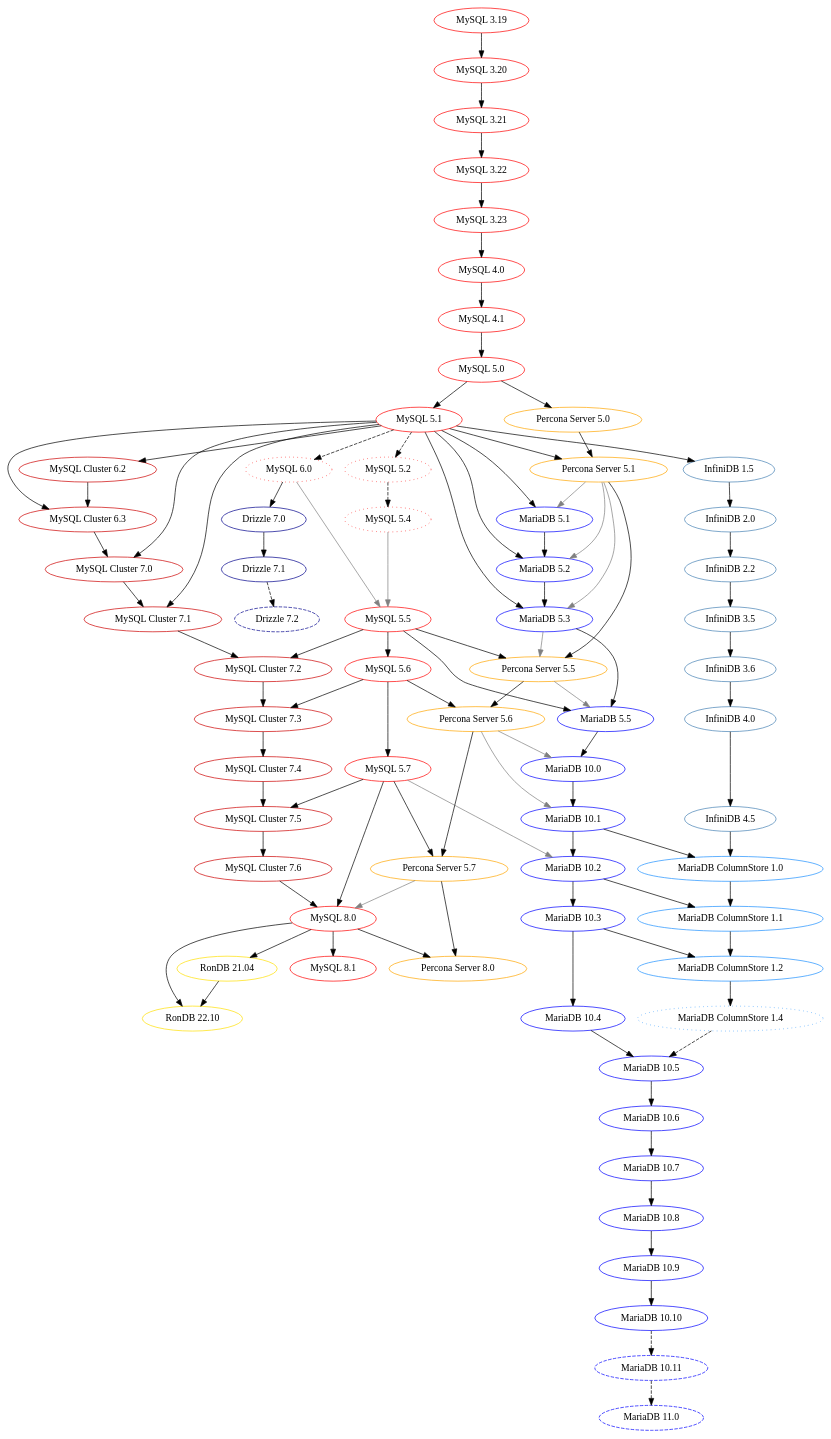
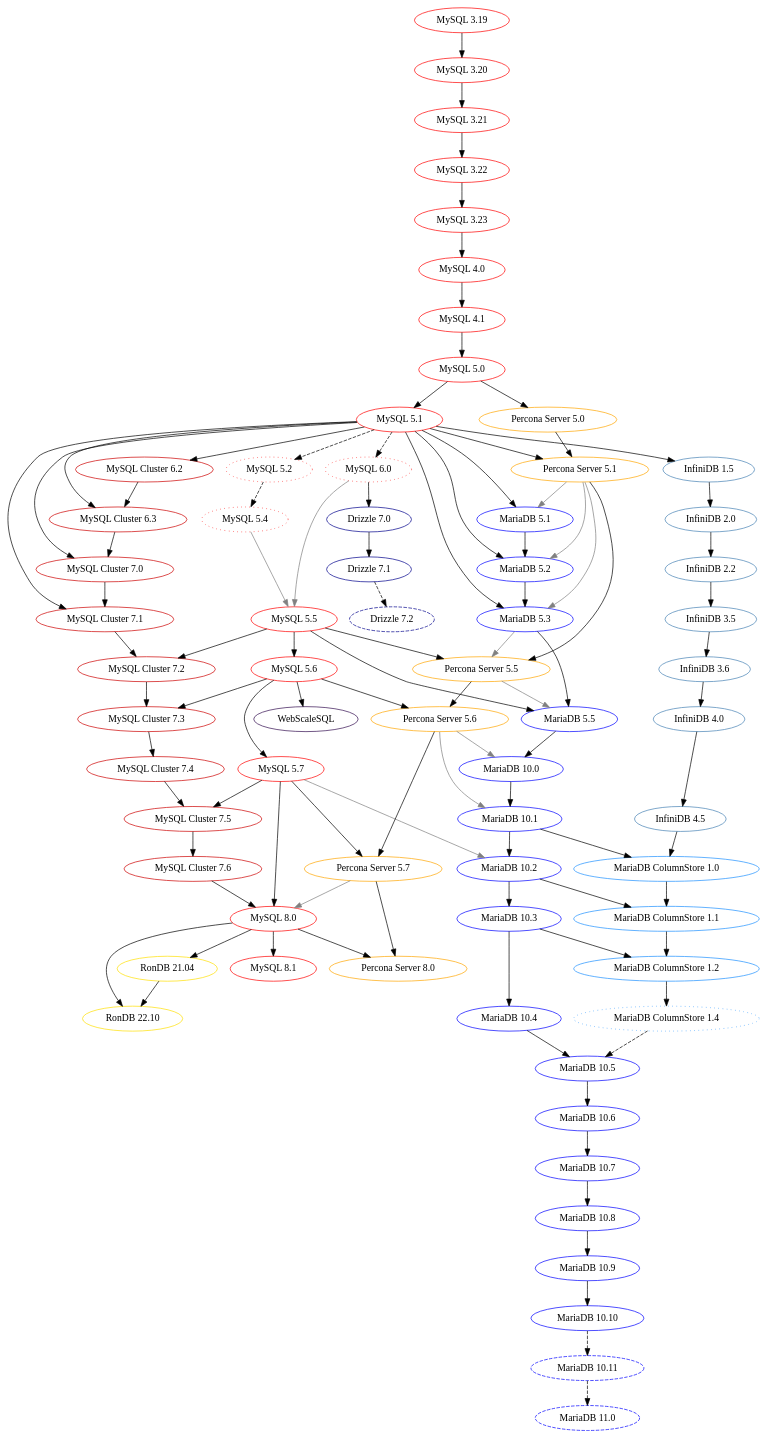
Before and after one commit to dveeden/mysql-history-graph: the diagram in mysql-history-graph.dot, drawn with Graphviz. The commit also changed 2 other files, not shown here.

Commit message:
Add WebScaleSQL

```diff
--- a/mysql-history-graph.dot
+++ b/mysql-history-graph.dot
@@ -204,4 +204,7 @@
 	"RonDB 22.10" [color="#ffdf00"];
 	"RonDB 21.04" -> "RonDB 22.10";
 	"MySQL 8.0" -> "RonDB 22.10";
+
+	"WebScaleSQL" [color="#330e50"];
+	"MySQL 5.6" -> "WebScaleSQL";
 }
```
